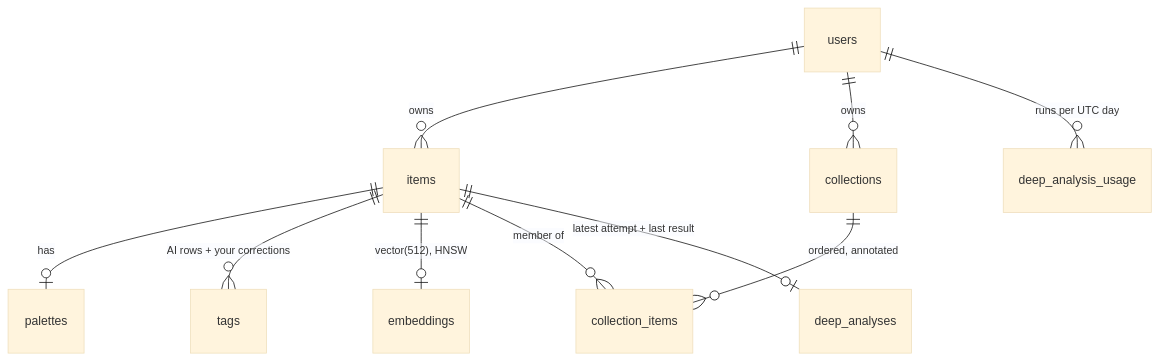
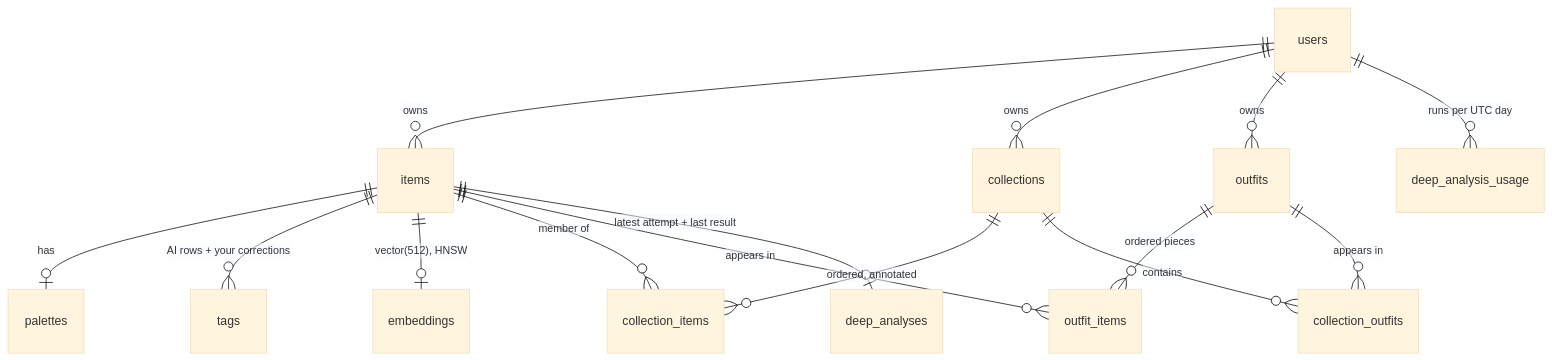
Before and after one commit to BHUMIKA-VV/thread-fashion-second-brain: the second of 4 diagrams in docs/architecture.md, drawn with Mermaid (base theme). The commit also changed 39 other files, not shown here.

````diff
--- a/docs/architecture.md
+++ b/docs/architecture.md
@@ -39,12 +39,17 @@
 ```mermaid
 erDiagram
   users ||--o{ items : owns
   items ||--o| palettes : "has"
   items ||--o{ tags : "AI rows + your corrections"
   items ||--o| embeddings : "vector(512), HNSW"
   users ||--o{ collections : owns
   collections ||--o{ collection_items : "ordered, annotated"
   items ||--o{ collection_items : "member of"
+  users ||--o{ outfits : owns
+  outfits ||--o{ outfit_items : "ordered pieces"
+  items ||--o{ outfit_items : "appears in"
+  collections ||--o{ collection_outfits : contains
+  outfits ||--o{ collection_outfits : "appears in"
   items ||--o| deep_analyses : "latest attempt + last result"
   users ||--o{ deep_analysis_usage : "runs per UTC day"
 ```
````
